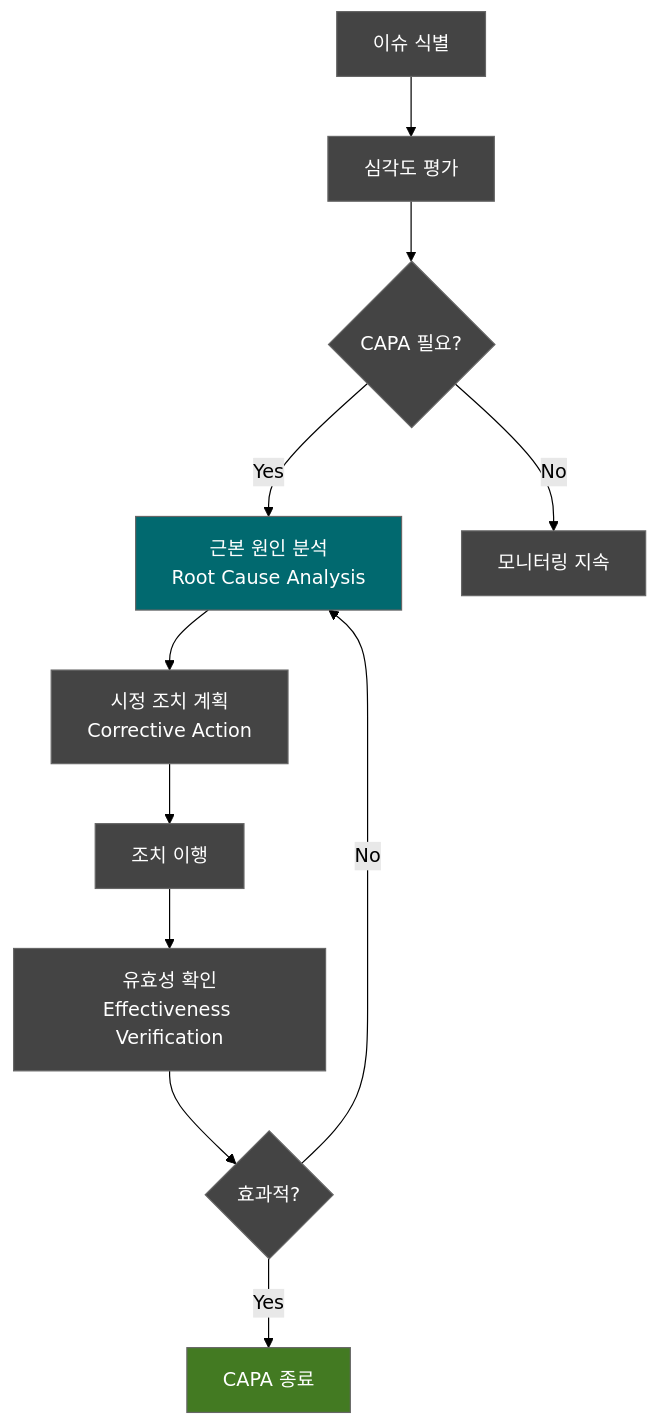
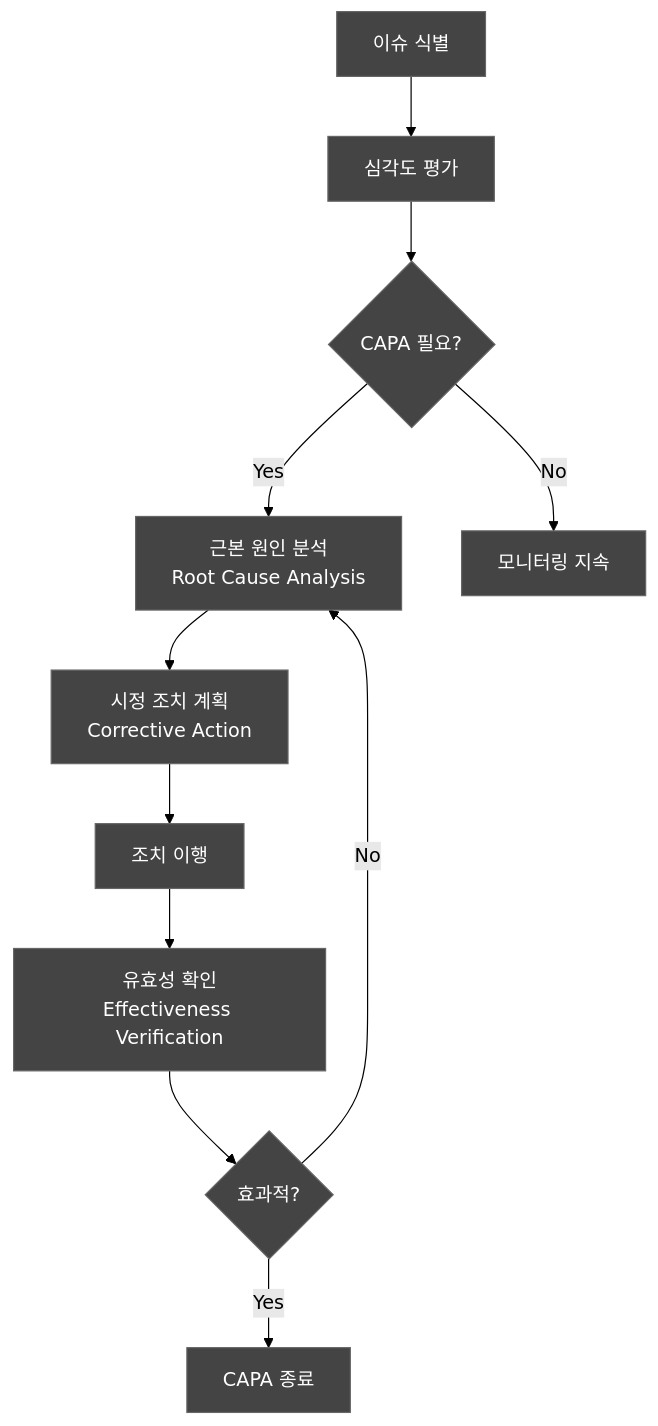
Before and after one commit to holee9/console-gui: the second of 2 diagrams in docs/management/DOC-041_PM_Plan_v1.0.md, drawn with Mermaid (forest theme). The commit also changed other lines of this file and 35 other files, not shown here.

First line of the commit message:
fix: 전체 Mermaid 차트 색상 진한 회색 통일

````diff
--- a/docs/management/DOC-041_PM_Plan_v1.0.md
+++ b/docs/management/DOC-041_PM_Plan_v1.0.md
@@ -100,17 +100,17 @@
 ```mermaid
 flowchart TD
     classDef default fill:#444,stroke:#666,color:#fff
     A[이슈 식별] --> B[심각도 평가]
     B --> C{CAPA 필요?}
     C -->|Yes| D[근본 원인 분석<br/>Root Cause Analysis]
     C -->|No| E[모니터링 지속]
     D --> F[시정 조치 계획<br/>Corrective Action]
     F --> G[조치 이행]
     G --> H[유효성 확인<br/>Effectiveness Verification]
     H --> I{효과적?}
     I -->|Yes| J[CAPA 종료]
     I -->|No| D
     
-    style D fill:#01696F,color:#fff
-    style J fill:#437A22,color:#fff
+    style D fill:#444,color:#fff
+    style J fill:#444,color:#fff
 ```
````
